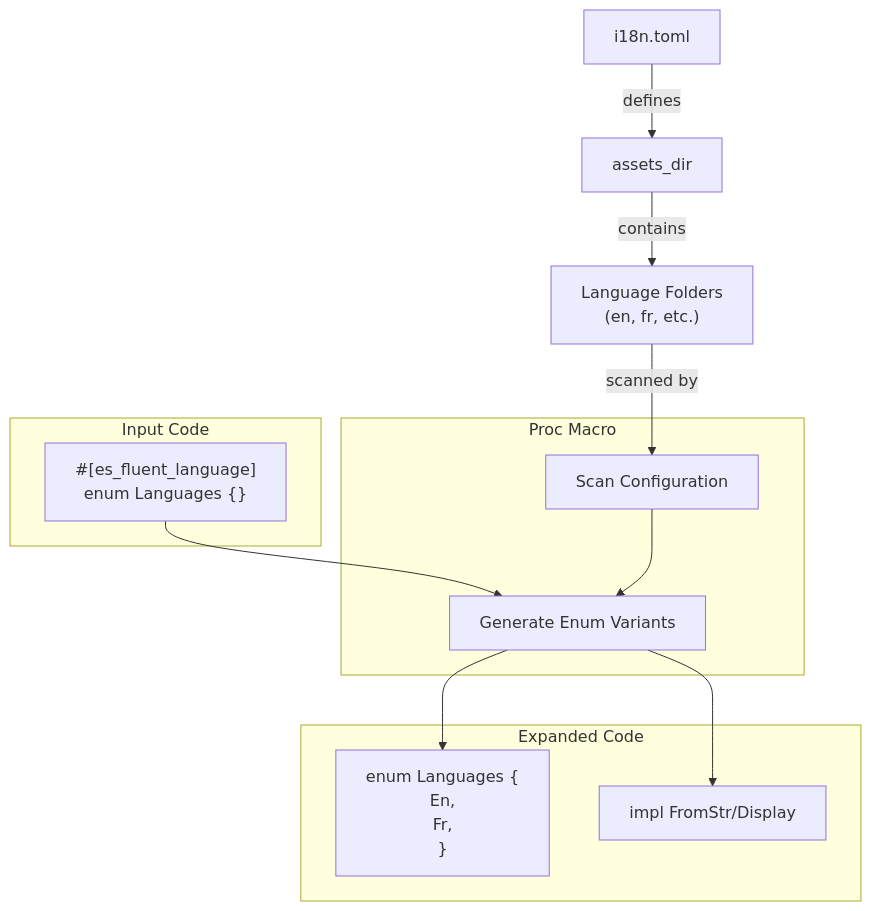
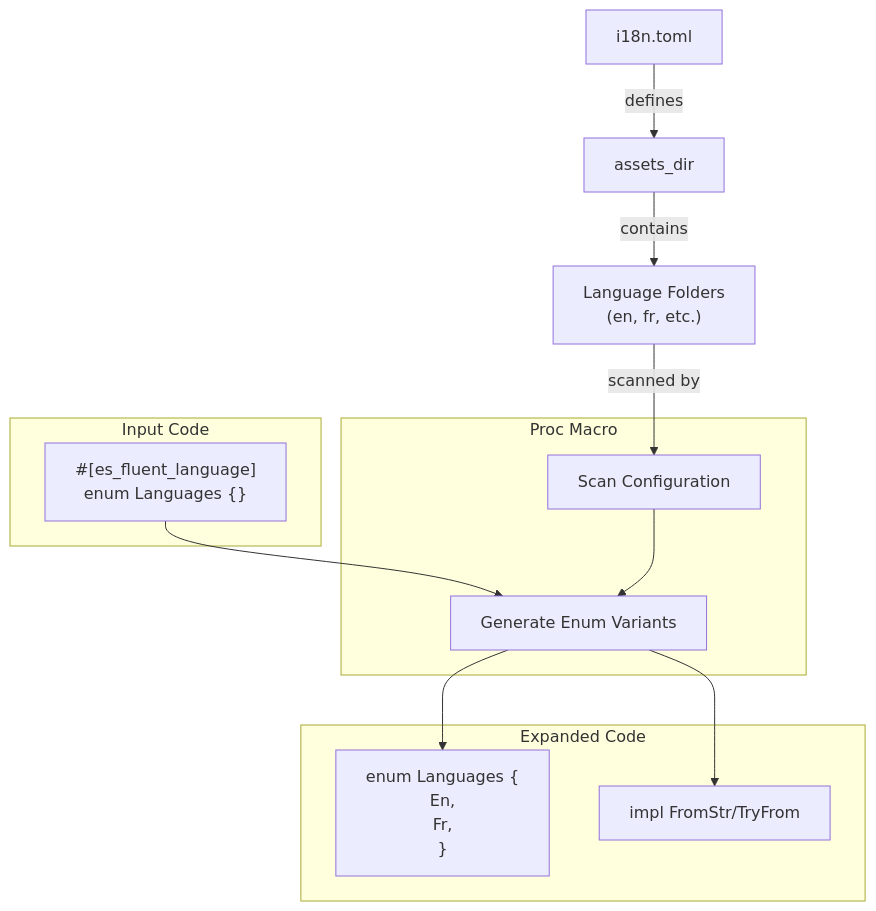
The diagram in crates/es-fluent-lang-macro/docs/ARCHITECTURE.md (stayhydated/es-fluent), drawn with Mermaid before and after one commit. The commit also changed other lines of this file and 19 other files, not shown here.

````diff
--- a/crates/es-fluent-lang-macro/docs/ARCHITECTURE.md
+++ b/crates/es-fluent-lang-macro/docs/ARCHITECTURE.md
@@ -11,28 +11,28 @@
 ```mermaid
 flowchart TD
     TOML[i18n.toml]
     ASSETS[assets_dir]
     DIRS["Language Folders<br/>(en, fr, etc.)"]
 
     subgraph INPUT["Input Code"]
         ENUM["#[es_fluent_language]<br/>enum Languages {}"]
     end
 
     subgraph MACRO["Proc Macro"]
         SCAN["Scan Configuration"]
         GEN["Generate Enum Variants"]
     end
 
     subgraph OUTPUT["Expanded Code"]
         EXP_ENUM["enum Languages {<br/>  En,<br/>  Fr,<br/>}"]
-        IMPL["impl FromStr/Display"]
+        IMPL["impl FromStr/TryFrom"]
     end
 
     TOML -->|defines| ASSETS
     ASSETS -->|contains| DIRS
     DIRS -->|scanned by| SCAN
     ENUM --> GEN
     SCAN --> GEN
     GEN --> EXP_ENUM
     GEN --> IMPL
 ```
````
